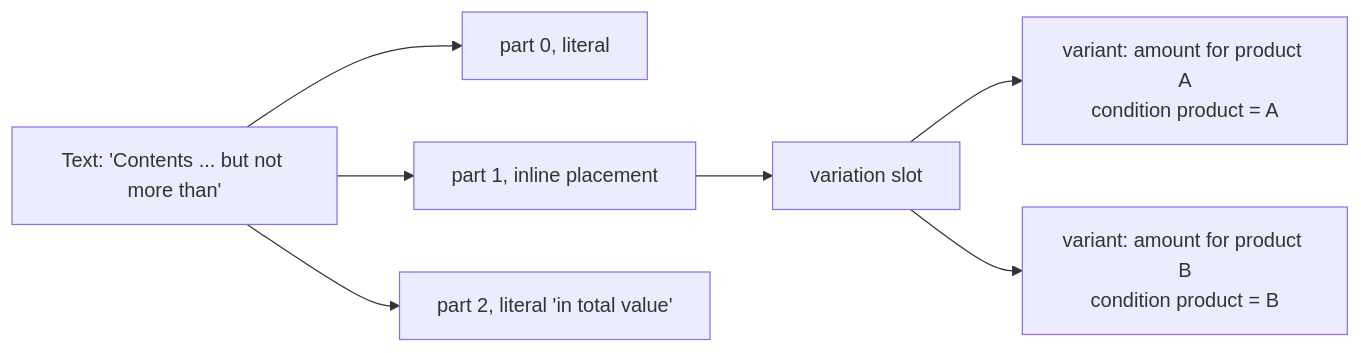
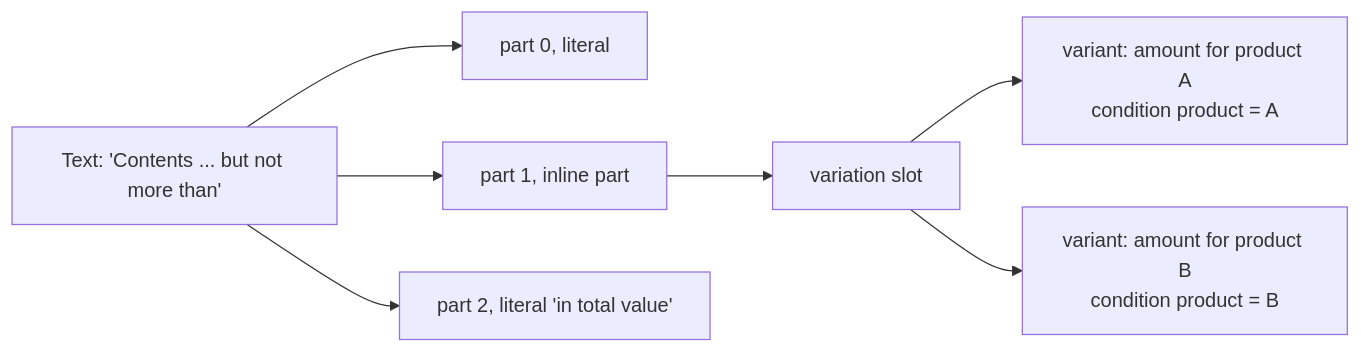
Before and after one commit to nebularis/lattice: the sixth of 6 diagrams in docs/developer/sketches/insurml-bridge.md, drawn with Mermaid. The commit also changed other lines of this file and 11 other files, not shown here.

````diff
--- a/docs/developer/sketches/insurml-bridge.md
+++ b/docs/developer/sketches/insurml-bridge.md
@@ -369,9 +374,9 @@
 ```mermaid
 flowchart LR
     T["Text: 'Contents ... but not more than'"] --> P0["part 0, literal"]
-    T --> P1["part 1, inline placement"]
+    T --> P1["part 1, inline part"]
     T --> P2["part 2, literal 'in total value'"]
     P1 --> S["variation slot"]
     S --> V1["variant: amount for product A<br/>condition product = A"]
     S --> V2["variant: amount for product B<br/>condition product = B"]
 ```
````
